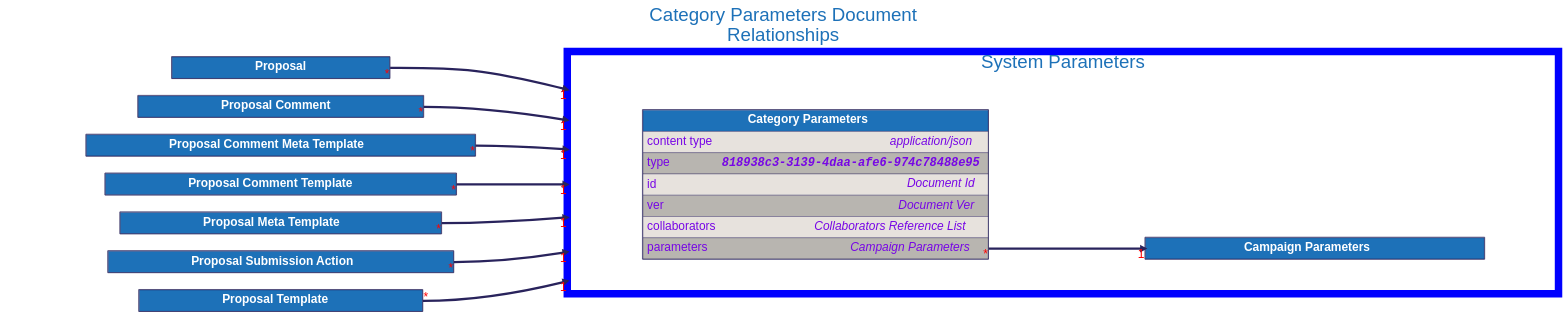
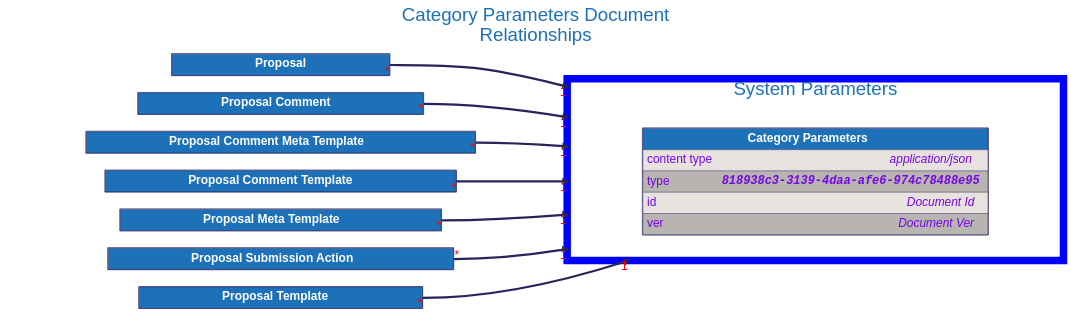
One commit to input-output-hk/catalyst-libs changed the diagram in docs/src/architecture/08_concepts/signed_doc/diagrams/category_parameters.dot. Above: the diagram before and after it, drawn with Graphviz. The commit also changed 7 other files, not shown here.

```diff
--- a/docs/src/architecture/08_concepts/signed_doc/diagrams/category_parameters.dot
+++ b/docs/src/architecture/08_concepts/signed_doc/diagrams/category_parameters.dot
@@ -17,21 +17,6 @@
         label = "System Parameters";
         color=blue
         penwidth=20
-
-        "Campaign Parameters" [
-            id="Campaign Parameters";
-            label=<
-                <TABLE BORDER="2" COLOR="#29235c" CELLBORDER="1" CELLSPACING="0" CELLPADDING="10">
-                <TR>
-                    <TD PORT="title" BGCOLOR="#1d71b8" HREF="../campaign_parameters/">
-                        <FONT COLOR="#ffffff"><B> Campaign Parameters </B></FONT>
-                    </TD>
-                </TR>
-
-                </TABLE>
-            >
-        ];
-
 
         "Category Parameters" [
             id="Category Parameters";
@@ -78,26 +63,6 @@
                             <TR>
                                 <TD ALIGN="LEFT" VALIGN="TOP" WIDTH="200"><FONT COLOR="#7706E5">ver</FONT></TD>
                                 <TD ALIGN="RIGHT"><FONT COLOR="#7706E5"><I>Document Ver</I></FONT></TD>
-                            </TR>
-                        </TABLE>
-                    </TD>
-                </TR>
-                <TR>
-                    <TD ALIGN="LEFT" PORT="collaborators" BGCOLOR="#e7e2dd">
-                        <TABLE CELLPADDING="0" CELLSPACING="0" BORDER="0">
-                            <TR>
-                                <TD ALIGN="LEFT" VALIGN="TOP" WIDTH="200"><FONT COLOR="#7706E5">collaborators</FONT></TD>
-                                <TD ALIGN="RIGHT"><FONT COLOR="#7706E5"><I>Collaborators Reference List</I></FONT></TD>
-                            </TR>
-                        </TABLE>
-                    </TD>
-                </TR>
-                <TR>
-                    <TD ALIGN="LEFT" PORT="parameters" BGCOLOR="#b8b5b0">
-                        <TABLE CELLPADDING="0" CELLSPACING="0" BORDER="0">
-                            <TR>
-                                <TD ALIGN="LEFT" VALIGN="TOP" WIDTH="200"><FONT COLOR="#7706E5">parameters</FONT></TD>
-                                <TD ALIGN="RIGHT"><FONT COLOR="#7706E5"><I>Campaign Parameters</I></FONT></TD>
                             </TR>
                         </TABLE>
                     </TD>
@@ -214,7 +179,6 @@
     ];
 
 
-    "Category Parameters":"parameters":e -> "Campaign Parameters":"title":w [dir=forward, penwidth=6, color="#29235c", headlabel="1", taillabel="*"]
     "Proposal":"title":e -> "Category Parameters" [dir=forward, penwidth=6, color="#29235c", headlabel="1", taillabel="*", lhead="cluster_system_parameters"]
     "Proposal Comment":"title":e -> "Category Parameters" [dir=forward, penwidth=6, color="#29235c", headlabel="1", taillabel="*", lhead="cluster_system_parameters"]
     "Proposal Comment Meta Template":"title":e -> "Category Parameters" [dir=forward, penwidth=6, color="#29235c", headlabel="1", taillabel="*", lhead="cluster_system_parameters"]
```
